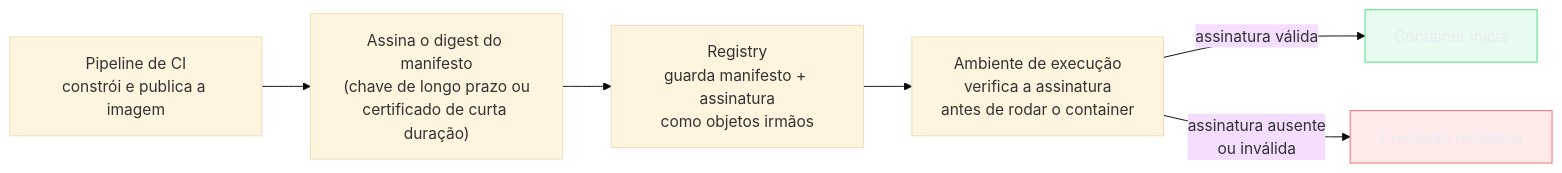
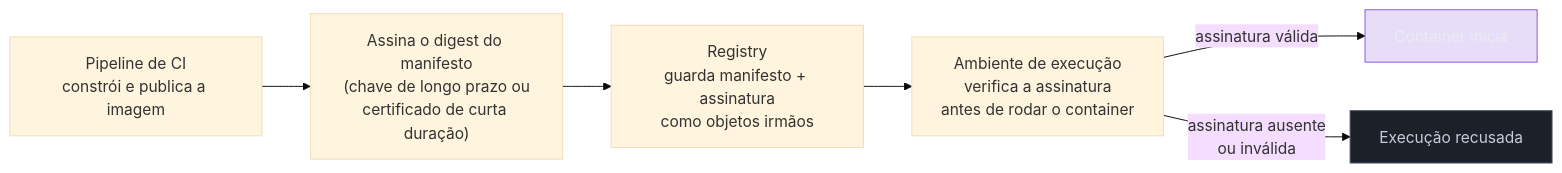
One commit to josenaldo/codex-technomanticus changed the sixth of 6 diagrams in 03-Dominios/Tecnologia/Infraestrutura/Docker/12 - Registry.md. Above: the diagram before and after it, drawn with Mermaid (base theme). The commit also changed other lines of this file and 601 other files, not shown here.

````diff
--- a/03-Dominios/Tecnologia/Infraestrutura/Docker/12 - Registry.md
+++ b/03-Dominios/Tecnologia/Infraestrutura/Docker/12 - Registry.md
@@ -363,16 +364,16 @@
 ```mermaid
 graph LR
-    classDef falha fill:#FF6B6B24,stroke:#FF6B6B,color:#E9ECF2
-    classDef ok fill:#4ADE8021,stroke:#4ADE80,color:#E9ECF2
+    classDef marca fill:#8855DF33,stroke:#8855DF,color:#E9ECF2
+    classDef neutro fill:#1B2029,stroke:#4E5666,color:#C6CCD8
     B["Pipeline de CI\nconstrói e publica a imagem"]
     S["Assina o digest do manifesto\n(chave de longo prazo ou\ncertificado de curta duração)"]
     R["Registry\nguarda manifesto + assinatura\ncomo objetos irmãos"]
     V["Ambiente de execução\nverifica a assinatura\nantes de rodar o container"]
 
     B --> S --> R --> V
     V -->|"assinatura válida"| Run["Container inicia"]
     V -->|"assinatura ausente\nou inválida"| Deny["Execução recusada"]
 
-    class Deny falha
-    class Run ok
+    class Deny neutro
+    class Run marca
 ```
````
